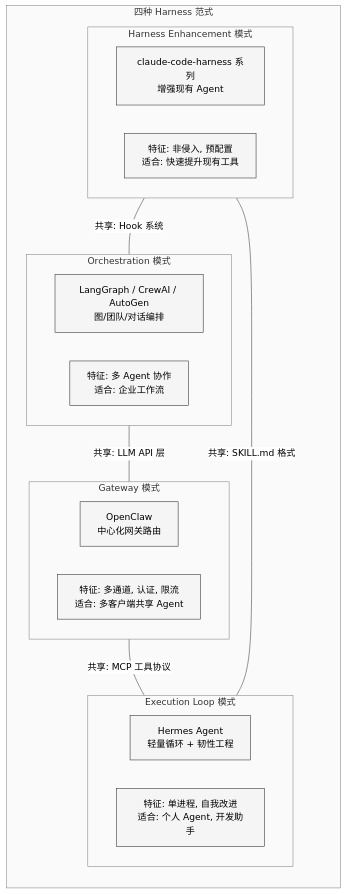
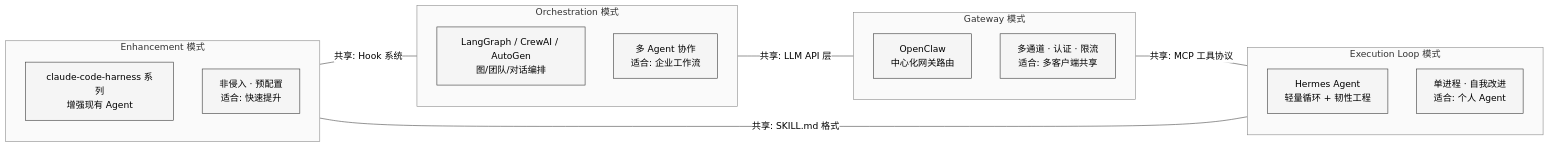
One commit to xiaonancs/hermes-agent-study changed the third of 4 diagrams in Part III 同源项目对比分析/29-全网Harness实现全景.md. Above: the diagram before and after it, drawn with Mermaid. The commit also changed other lines of this file and 32 other files, not shown here.

First line of the commit message:
Mermaid 图表修复：白色背景板 + 长宽比优化

````diff
--- a/Part III 同源项目对比分析/29-全网Harness实现全景.md
+++ b/Part III 同源项目对比分析/29-全网Harness实现全景.md
@@ -330,28 +330,32 @@
 ```mermaid
 %%{init: {'theme': 'neutral', 'themeVariables': {'background': '#ffffff', 'primaryColor': '#f5f5f5', 'primaryTextColor': '#000000', 'primaryBorderColor': '#333333', 'lineColor': '#444444', 'textColor': '#000000', 'mainBkg': '#f5f5f5', 'nodeBorder': '#333333', 'clusterBkg': '#fafafa', 'clusterBorder': '#888888', 'edgeLabelBackground': '#ffffff'}}}%%
-graph TD
-    subgraph quadrant["四种 Harness 范式"]
+graph LR
+    subgraph gateway["Gateway 模式"]
         direction TB
-        subgraph gateway["Gateway 模式"]
-            GW1["OpenClaw<br/>中心化网关路由"]
-            GW2["特征: 多通道, 认证, 限流<br/>适合: 多客户端共享 Agent"]
-        end
-        subgraph loop["Execution Loop 模式"]
-            LP1["Hermes Agent<br/>轻量循环 + 韧性工程"]
-            LP2["特征: 单进程, 自我改进<br/>适合: 个人 Agent, 开发助手"]
-        end
-        subgraph orch["Orchestration 模式"]
-            OR1["LangGraph / CrewAI / AutoGen<br/>图/团队/对话编排"]
-            OR2["特征: 多 Agent 协作<br/>适合: 企业工作流"]
-        end
-        subgraph enhance["Harness Enhancement 模式"]
-            EN1["claude-code-harness 系列<br/>增强现有 Agent"]
-            EN2["特征: 非侵入, 预配置<br/>适合: 快速提升现有工具"]
-        end
+        GW1["OpenClaw<br/>中心化网关路由"]
+        GW2["多通道 · 认证 · 限流<br/>适合: 多客户端共享"]
+    end
+
+    subgraph loop["Execution Loop 模式"]
+        direction TB
+        LP1["Hermes Agent<br/>轻量循环 + 韧性工程"]
+        LP2["单进程 · 自我改进<br/>适合: 个人 Agent"]
+    end
+
+    subgraph orch["Orchestration 模式"]
+        direction TB
+        OR1["LangGraph / CrewAI / AutoGen<br/>图/团队/对话编排"]
+        OR2["多 Agent 协作<br/>适合: 企业工作流"]
+    end
+
+    subgraph enhance["Enhancement 模式"]
+        direction TB
+        EN1["claude-code-harness 系列<br/>增强现有 Agent"]
+        EN2["非侵入 · 预配置<br/>适合: 快速提升"]
     end
 
     gateway ---|"共享: MCP 工具协议"| loop
     loop ---|"共享: SKILL.md 格式"| enhance
     enhance ---|"共享: Hook 系统"| orch
     orch ---|"共享: LLM API 层"| gateway
 ```
````
